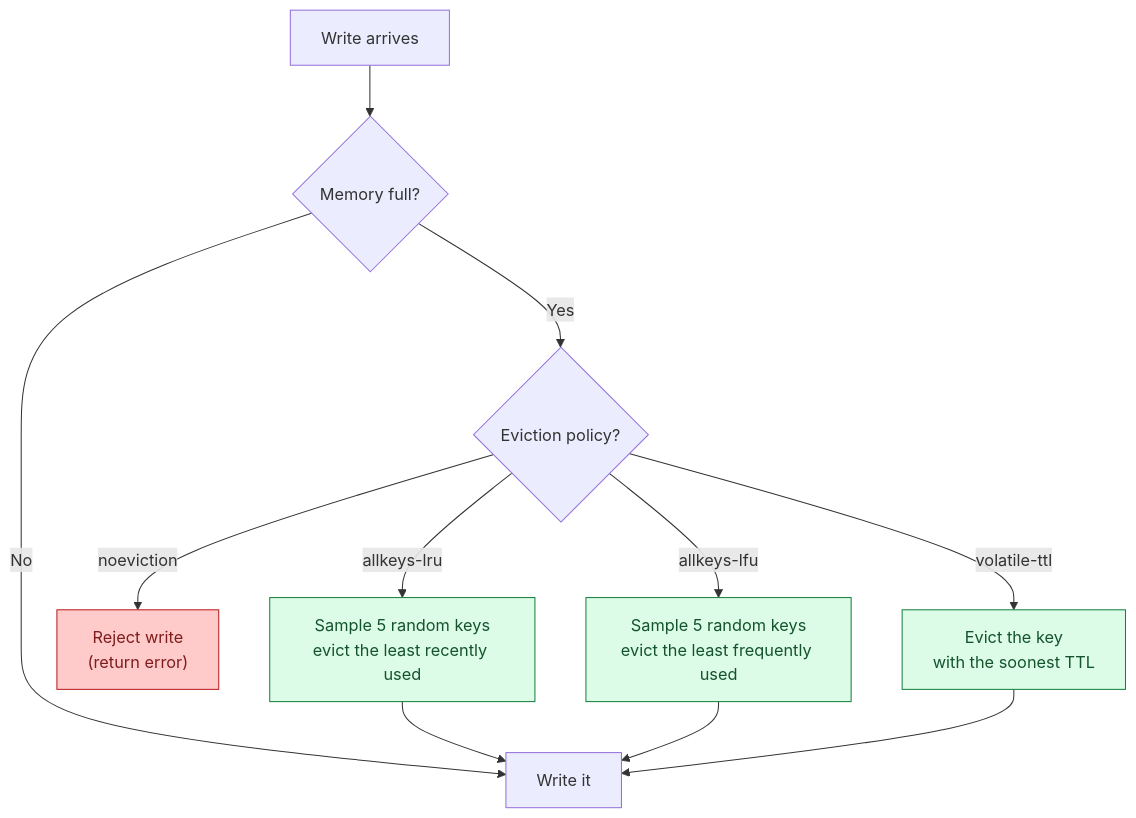
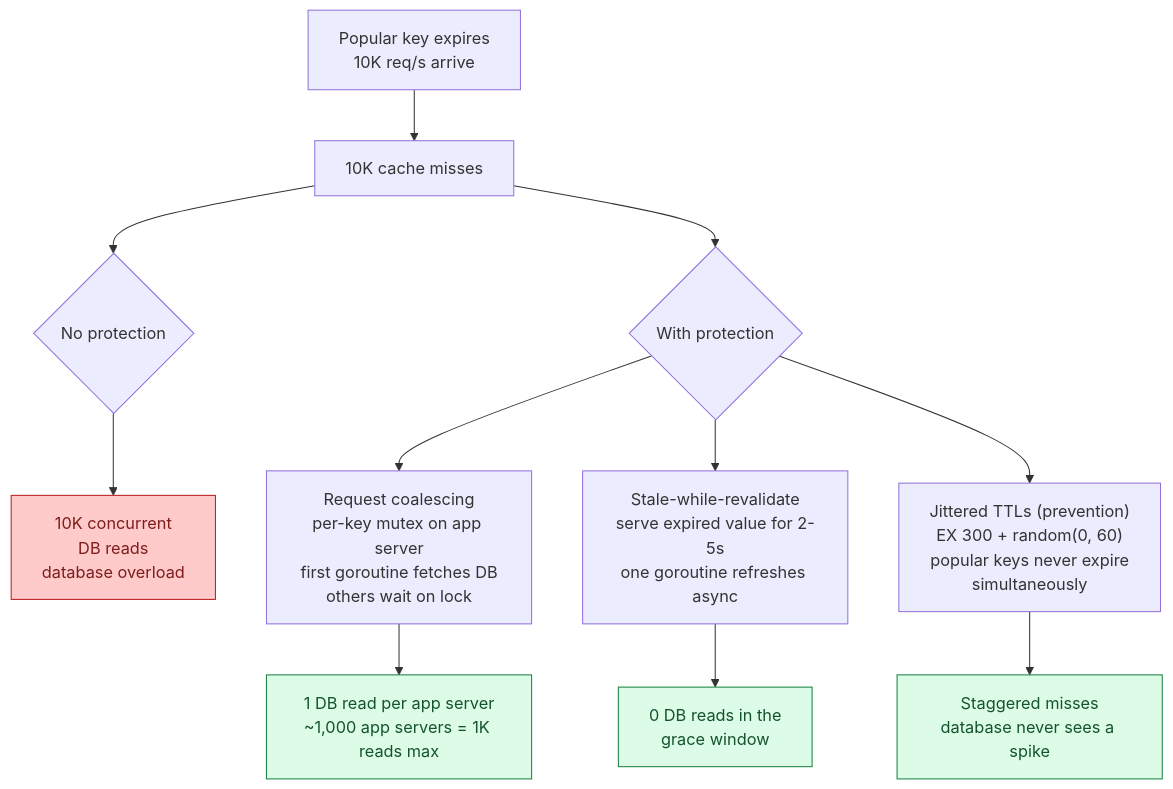
Before and after one commit to shiningflash/system-design: diagram 11 of 11 in problems/009-distributed-cache/question.md, drawn with Mermaid. The commit also changed other lines of this file and 37 other files, not shown here.

````diff
--- a/problems/009-distributed-cache/question.md
+++ b/problems/009-distributed-cache/question.md
@@ -362,16 +423,21 @@
 ```mermaid
 flowchart TD
-    A[Write arrives] --> B{Memory full?}
-    B -- No --> C[Write it]
-    B -- Yes --> D{Eviction policy?}
-    D -- noeviction --> E["Reject write<br/>(return error)"]:::bad
-    D -- allkeys-lru --> F["Sample 5 random keys<br/>evict the least recently used"]:::ok
-    F --> C
-    D -- allkeys-lfu --> G["Sample 5 random keys<br/>evict the least frequently used"]:::ok
-    G --> C
-    D -- volatile-ttl --> H["Evict the key<br/>with the soonest TTL"]:::ok
-    H --> C
+    Expire["Popular key expires<br/>10K req/s arrive"]
+    Expire --> Miss["10K cache misses"]
+    Miss --> Option1{"No protection"}
+    Miss --> Option2{"With protection"}
 
-    classDef ok fill:#dcfce7,stroke:#15803d,color:#14532d
+    Option1 --> DB1["10K concurrent<br/>DB reads<br/>database overload"]:::bad
+
+    Option2 --> Coalesce["Request coalescing<br/>per-key mutex on app server<br/>first goroutine fetches DB<br/>others wait on lock"]
+    Coalesce --> DB2["1 DB read per app server<br/>~1,000 app servers = 1K reads max"]:::ok
+
+    Option2 --> SWR["Stale-while-revalidate<br/>serve expired value for 2-5s<br/>one goroutine refreshes async"]
+    SWR --> DB3["0 DB reads in the<br/>grace window"]:::ok
+
+    Option2 --> Jitter["Jittered TTLs (prevention)<br/>EX 300 + random(0, 60)<br/>popular keys never expire<br/>simultaneously"]
+    Jitter --> DB4["Staggered misses<br/>database never sees a spike"]:::ok
+
+    classDef ok  fill:#dcfce7,stroke:#15803d,color:#14532d
     classDef bad fill:#fecaca,stroke:#b91c1c,color:#7f1d1d
 ```
````
